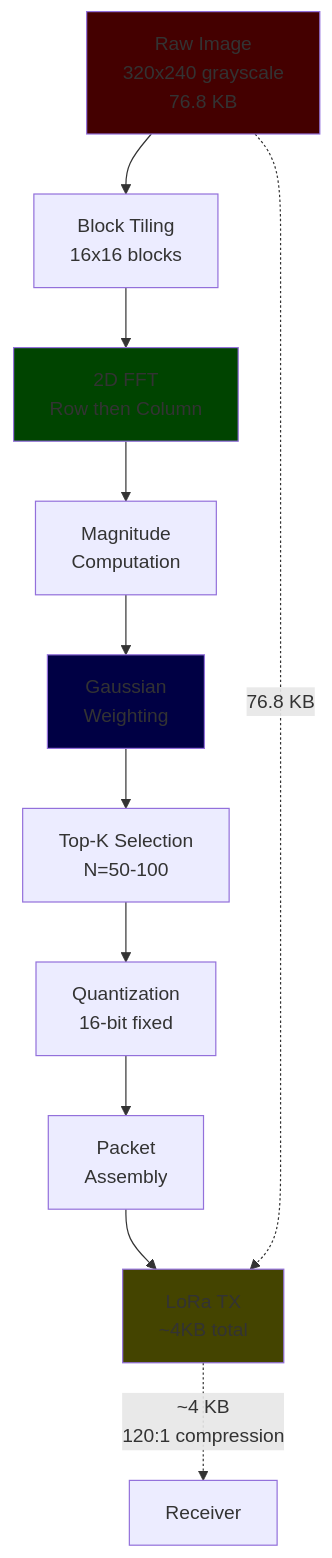
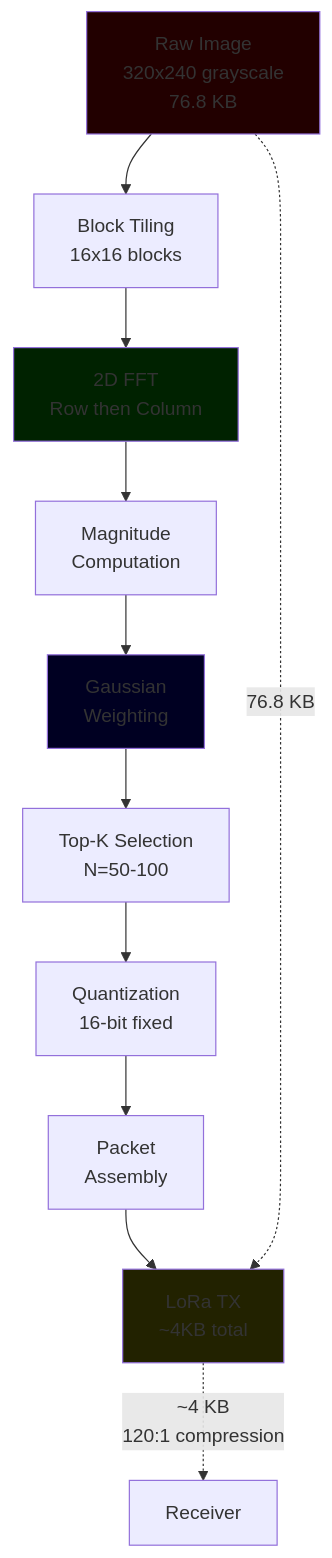
One commit to ColeZenk/SD403_TrailCamera_NDSU changed the second of 2 diagrams in FPGA_Unit/docs/SDD/SDD400.md. Above: the diagram before and after it, drawn with Mermaid. The commit also changed other lines of this file, not shown here.

Commit message:
updated colorscheme

````diff
--- a/FPGA_Unit/docs/SDD/SDD400.md
+++ b/FPGA_Unit/docs/SDD/SDD400.md
@@ -204,29 +204,29 @@
 ```mermaid
 flowchart TD
     IMG[Raw Image<br/>320x240 grayscale<br/>76.8 KB]
     TILE[Block Tiling<br/>16x16 blocks]
     FFT2D[2D FFT<br/>Row then Column]
     MAG[Magnitude<br/>Computation]
     GAUSS[Gaussian<br/>Weighting]
     TOPK[Top-K Selection<br/>N=50-100]
     QUANT[Quantization<br/>16-bit fixed]
     PACK[Packet<br/>Assembly]
     LORA[LoRa TX<br/>~4KB total]
 
      IMG --> TILE
      TILE --> FFT2D
      FFT2D --> MAG
      MAG --> GAUSS
      GAUSS --> TOPK
      TOPK --> QUANT
      QUANT --> PACK
      PACK --> LORA
 
      IMG -.->|76.8 KB| LORA
      LORA -.->|~4 KB<br/>120:1 compression| RX[Receiver]
 
-     style IMG fill:#440000
-     style FFT2D fill:#004400
-     style GAUSS fill:#000044
-     style LORA fill:#444400
+     style IMG fill:#220000
+     style FFT2D fill:#002200
+     style GAUSS fill:#000022
+     style LORA fill:#222200
 ```
````
